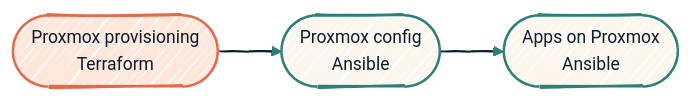
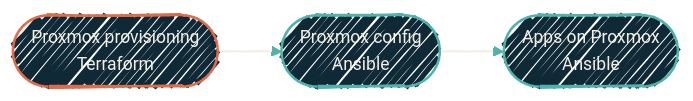
One commit to dryvist/docs changed the diagram in infrastructure/overview.mdx. Above: the diagram before and after it, drawn with Mermaid. The commit also changed 11 other files, not shown here.

````diff
--- a/infrastructure/overview.mdx
+++ b/infrastructure/overview.mdx
@@ -15,17 +15,17 @@
 ```mermaid
-%%{init: {'theme':'base','look':'handDrawn','themeVariables':{'fontFamily':'Geist','fontSize':'14px','primaryColor':'#FBF7EE','primaryTextColor':'#0B1D2A','primaryBorderColor':'#2F7E78','lineColor':'#2F7E78','secondaryColor':'#F4EFE6','tertiaryColor':'#FFE7DC','clusterBkg':'rgba(47,126,120,0.06)','clusterBorder':'#2F7E78'}}}%%
+%%{init: {'theme':'base','look':'handDrawn','themeVariables':{'fontFamily':'Geist','fontSize':'14px','primaryColor':'#102937','primaryTextColor':'#F4EFE6','primaryBorderColor':'#4FB3A9','lineColor':'#4FB3A9','secondaryColor':'#0B1D2A','tertiaryColor':'#1A2A38','clusterBkg':'rgba(79,179,169,0.08)','clusterBorder':'#4FB3A9'}}}%%
 flowchart LR
   TP([Proxmox provisioning<br/>Terraform])
   AP([Proxmox config<br/>Ansible])
   APA([Apps on Proxmox<br/>Ansible])
 
   TP --> AP --> APA
 
-  classDef provision fill:#FFE7DC,stroke:#E06B4A,stroke-width:2px,color:#0B1D2A;
-  classDef config    fill:#FBF7EE,stroke:#2F7E78,stroke-width:2px,color:#0B1D2A;
+  classDef provision fill:#102937,stroke:#E06B4A,stroke-width:2px,color:#F4EFE6;
+  classDef config    fill:#102937,stroke:#4FB3A9,stroke-width:2px,color:#F4EFE6;
 
   class TP provision
   class AP,APA config
 
-  linkStyle 0,1 stroke:#0B1D2A,stroke-width:1.5px;
+  linkStyle 0,1 stroke:#F4EFE6,stroke-width:1.5px;
 ```
````
